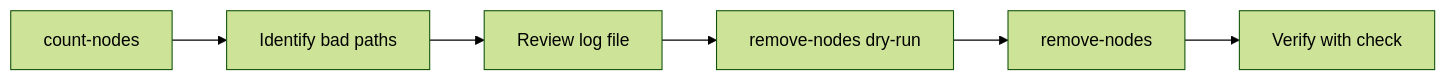
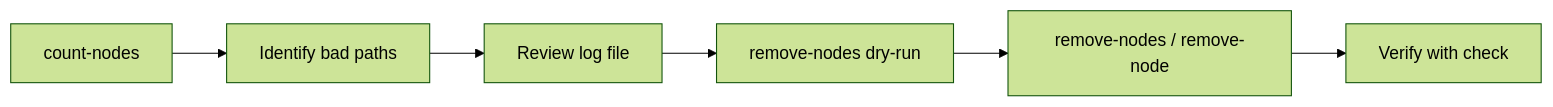
One commit to somarc/oak-magnum-oakus changed the diagram in docs/recovery/surgical.md. Above: the diagram before and after it, drawn with Mermaid (forest theme). The commit also changed other lines of this file and 32 other files, not shown here.

````diff
--- a/docs/recovery/surgical.md
+++ b/docs/recovery/surgical.md
@@ -42,8 +34,8 @@
 ```mermaid
 flowchart LR
     A[count-nodes] --> B[Identify bad paths]
     B --> C[Review log file]
     C --> D[remove-nodes dry-run]
-    D --> E[remove-nodes]
+    D --> E[remove-nodes / remove-node]
     E --> F[Verify with check]
 ```
````
